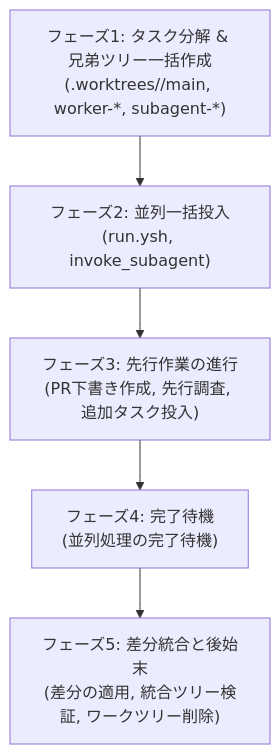
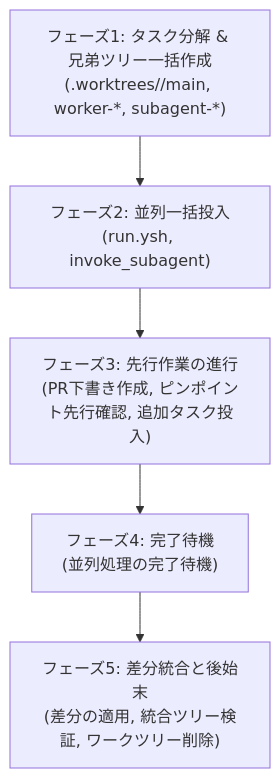
One commit to t3u-tsu/nix-config changed the diagram in .agents/skills/orchestration/SKILL.md. Above: the diagram before and after it, drawn with Mermaid. The commit also changed other lines of this file and 1 other file, not shown here.

````diff
--- a/.agents/skills/orchestration/SKILL.md
+++ b/.agents/skills/orchestration/SKILL.md
@@ -89,13 +92,13 @@
 ```mermaid
 flowchart TD
   Phase1["フェーズ1: タスク分解 & 兄弟ツリー一括作成<br>(.worktrees/<topic>/main, worker-*, subagent-*)"]
   Phase2["フェーズ2: 並列一括投入<br>(run.ysh, invoke_subagent)"]
-  Phase3["フェーズ3: 先行作業の進行<br>(PR下書き作成, 先行調査, 追加タスク投入)"]
+  Phase3["フェーズ3: 先行作業の進行<br>(PR下書き作成, ピンポイント先行確認, 追加タスク投入)"]
   Phase4["フェーズ4: 完了待機<br>(並列処理の完了待機)"]
   Phase5["フェーズ5: 差分統合と後始末<br>(差分の適用, 統合ツリー検証, ワークツリー削除)"]
 
   Phase1 --> Phase2
   Phase2 --> Phase3
   Phase3 --> Phase4
   Phase4 --> Phase5
 ```
````
